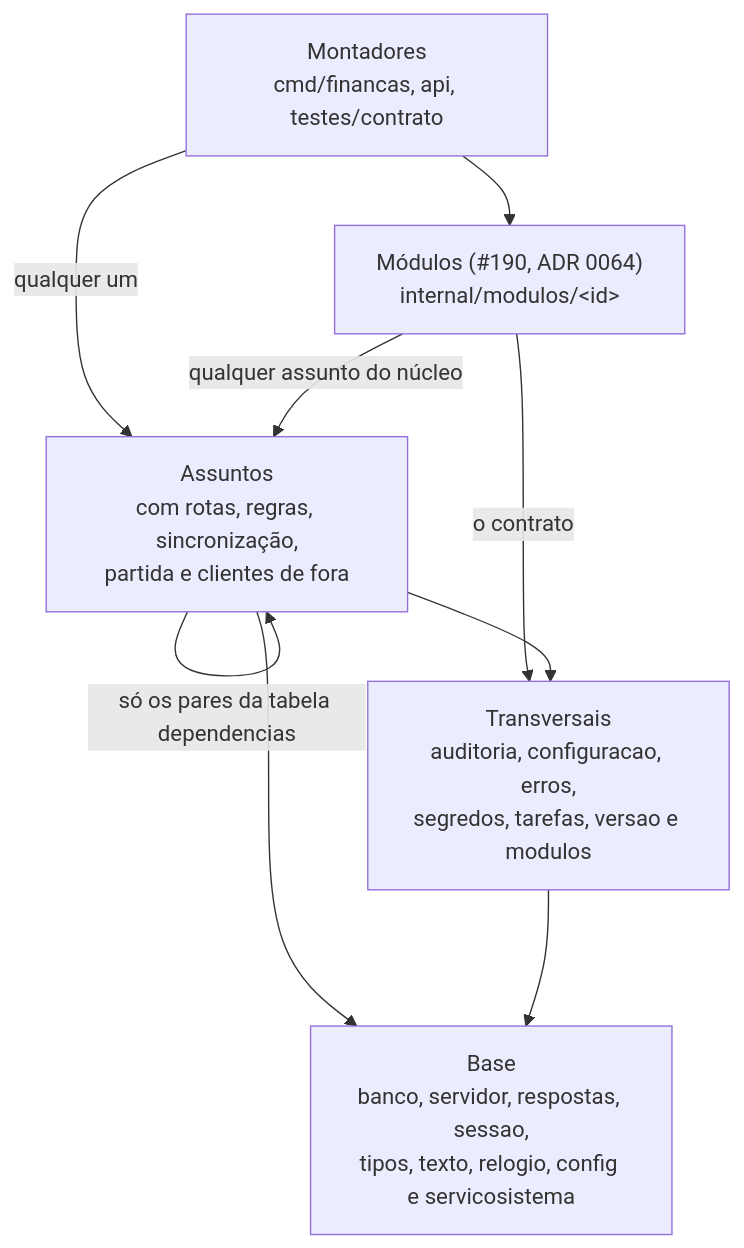
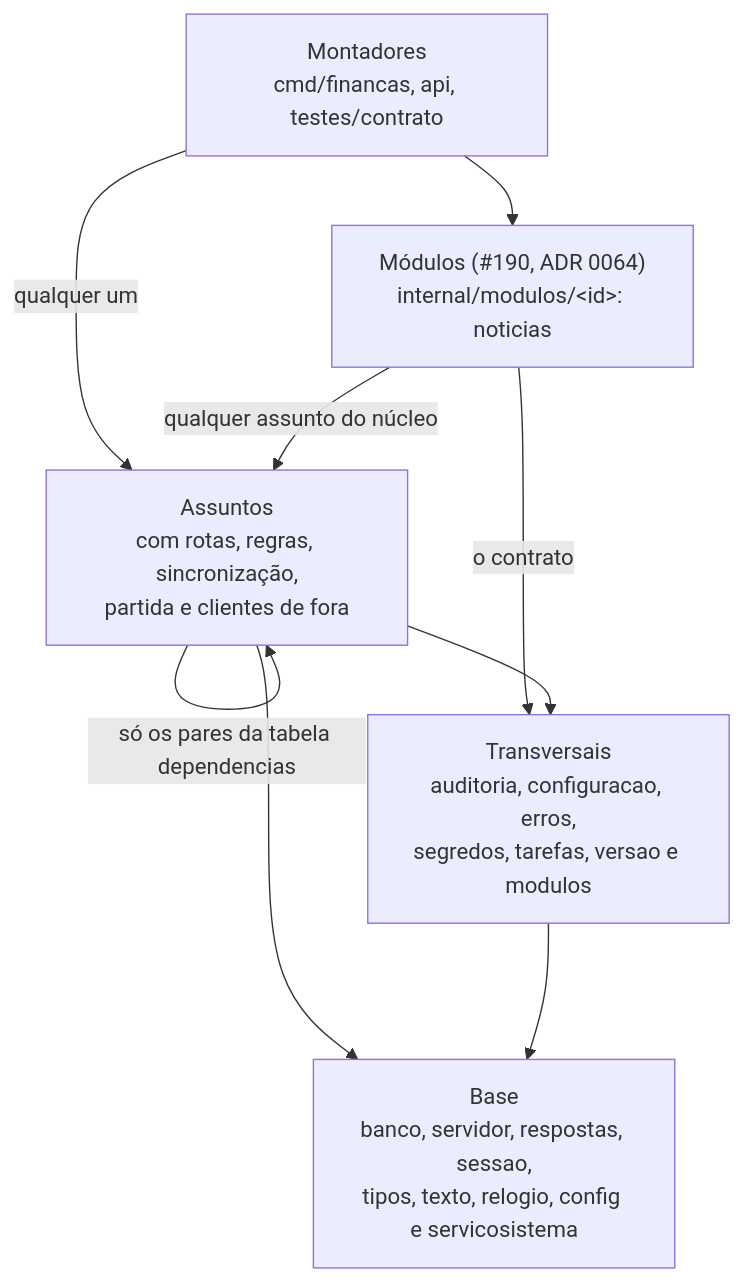
The second of 2 diagrams in docs/arquitetura/componentes.md (LucasDesenvGit/financas-local), drawn with Mermaid before and after one commit. The commit also changed other lines of this file and 40 other files, not shown here.

````diff
--- a/docs/arquitetura/componentes.md
+++ b/docs/arquitetura/componentes.md
@@ -114,17 +115,17 @@
 ```mermaid
 flowchart TB
     montadores["Montadores<br/>cmd/financas, api, testes/contrato"]
-    modulos["Módulos (#190, ADR 0064)<br/>internal/modulos/&lt;id&gt;"]
+    modulos["Módulos (#190, ADR 0064)<br/>internal/modulos/&lt;id&gt;: noticias"]
     assuntos["Assuntos<br/>com rotas, regras, sincronização,<br/>partida e clientes de fora"]
     transversais["Transversais<br/>auditoria, configuracao, erros,<br/>segredos, tarefas, versao e modulos"]
     base["Base<br/>banco, servidor, respostas, sessao,<br/>tipos, texto, relogio, config e servicosistema"]
 
     montadores -- "qualquer um" --> assuntos
     montadores --> modulos
     modulos -- "qualquer assunto do núcleo" --> assuntos
     modulos -- "o contrato" --> transversais
     assuntos -- "só os pares da tabela dependencias" --> assuntos
     assuntos --> transversais
     assuntos --> base
     transversais --> base
 ```
````
